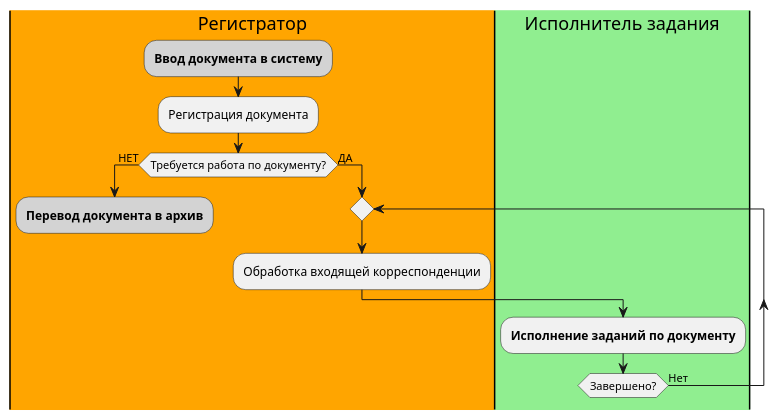
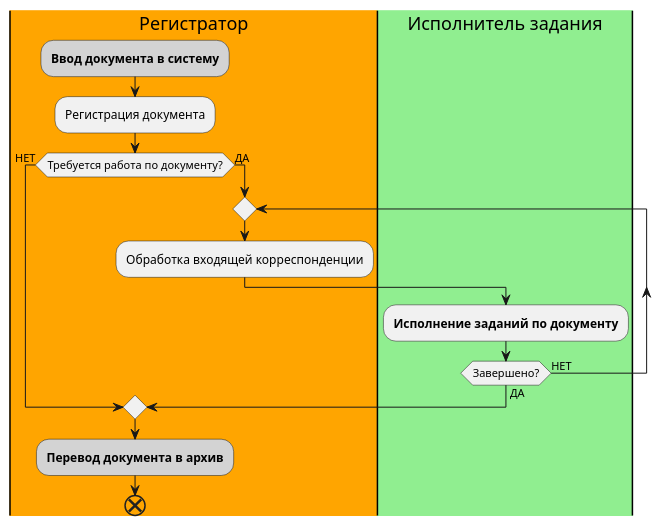
Before and after one commit to Grolribasi/WebC-Antora: the first of 6 diagrams in modules/user/pages/appendix/stagesOfWorkingWithDocuments.adoc, drawn with PlantUML. The commit also changed 701 other files, not shown here.

```diff
--- a/modules/user/pages/appendix/stagesOfWorkingWithDocuments.adoc
+++ b/modules/user/pages/appendix/stagesOfWorkingWithDocuments.adoc
@@ -8,20 +8,24 @@
 [plantuml, svg]
 ....
 @startuml
 skinparam rectangleBorderThickness 1
 |#orange|Регистратор|
 #lightgray:**Ввод документа в систему**;
 :Регистрация документа;
 if (Требуется работа по документу?) then (НЕТ)
-|#orange|Регистратор|
+  label spacer
+  '#lightgray:**Archive document**;
+  'end
+else (ДА)
+  repeat
+  :Обработка входящей корреспонденции;
+  |#lightgreen|Исполнитель задания|
+  :**Исполнение заданий по документу**;
+  repeat while (Завершено?) is (НЕТ) not (ДА)
+  |#orange|Регистратор|
+  '#lightgray:**Перевод документа в архив**;
+endif
 #lightgray:**Перевод документа в архив**;
-detach
-else (ДА)
-repeat
-:Обработка входящей корреспонденции;
-|#lightgreen|Исполнитель задания|
-:**Исполнение заданий по документу**;
-repeat while (Завершено?) is (Нет)
-detach
+end
 @enduml
 ....
```
